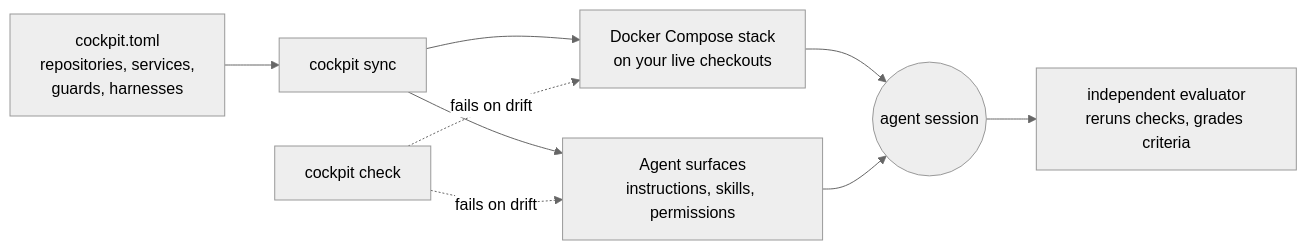
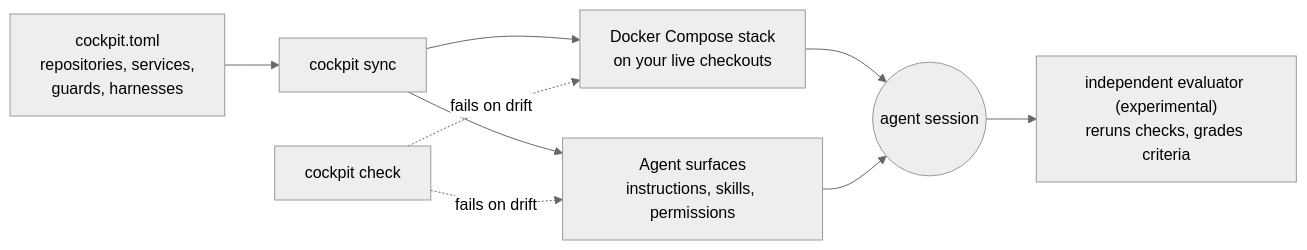
One commit to b0dea/cockpit changed the diagram in README.md. Above: the diagram before and after it, drawn with Mermaid (neutral theme). The commit also changed other lines of this file and 11 other files, not shown here.

````diff
--- a/README.md
+++ b/README.md
@@ -43,11 +43,11 @@
 ```mermaid
 flowchart LR
     toml["cockpit.toml<br/>repositories, services,<br/>guards, harnesses"] --> sync["cockpit sync"]
     sync --> compose["Docker Compose stack<br/>on your live checkouts"]
     sync --> surfaces["Agent surfaces<br/>instructions, skills, permissions"]
     compose --> session(("agent session"))
     surfaces --> session
-    session --> grade["independent evaluator<br/>reruns checks, grades criteria"]
+    session --> grade["independent evaluator (experimental)<br/>reruns checks, grades criteria"]
     check["cockpit check"] -. "fails on drift" .-> compose
     check -. "fails on drift" .-> surfaces
 ```
````
